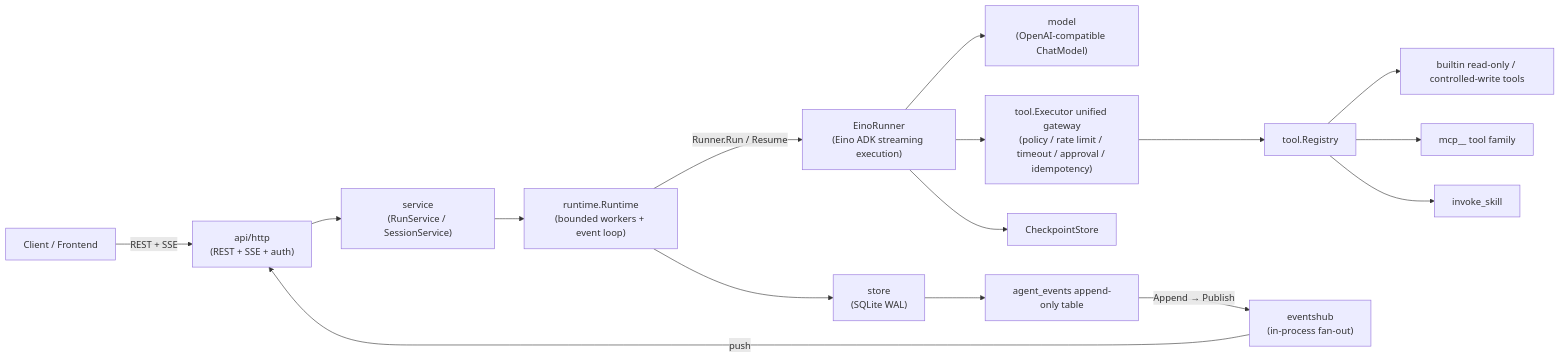
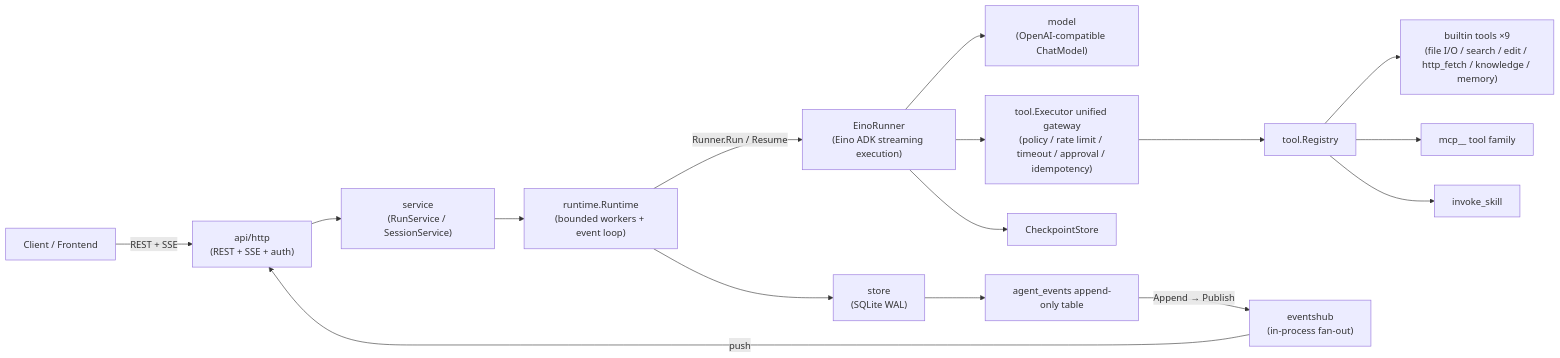
The first of 2 diagrams in docs/en/architecture/overview.md (quintin-lee/rivus-agent), drawn with Mermaid before and after one commit. The commit also changed other lines of this file and 1 other file, not shown here.

Commit message:
docs(architecture): cover rounds 3-9 in overview (tools/memory/sub-agents/mcp self-heal/security/observability/buildinfo) zh+en

````diff
--- a/docs/en/architecture/overview.md
+++ b/docs/en/architecture/overview.md
@@ -7,18 +7,18 @@
 ```mermaid
 graph LR
     Client[Client / Frontend] -->|REST + SSE| API["api/http<br/>(REST + SSE + auth)"]
     API --> SVC["service<br/>(RunService / SessionService)"]
     SVC --> RT["runtime.Runtime<br/>(bounded workers + event loop)"]
     RT -->|"Runner.Run / Resume"| ER["EinoRunner<br/>(Eino ADK streaming execution)"]
     ER --> Model["model<br/>(OpenAI-compatible ChatModel)"]
     ER --> GW["tool.Executor unified gateway<br/>(policy / rate limit / timeout / approval / idempotency)"]
     GW --> REG["tool.Registry"]
-    REG --> Builtin["builtin read-only / controlled-write tools"]
+    REG --> Builtin["builtin tools ×9<br/>(file I/O / search / edit / http_fetch / knowledge / memory)"]
     REG --> MCP["mcp__ tool family"]
     REG --> Skill["invoke_skill"]
     RT --> Store["store<br/>(SQLite WAL)"]
     ER --> CPS["CheckpointStore"]
     Store --> EV["agent_events append-only table"]
     EV -->|Append → Publish| Hub["eventshub<br/>(in-process fan-out)"]
     Hub -->|push| API
 ```
````
